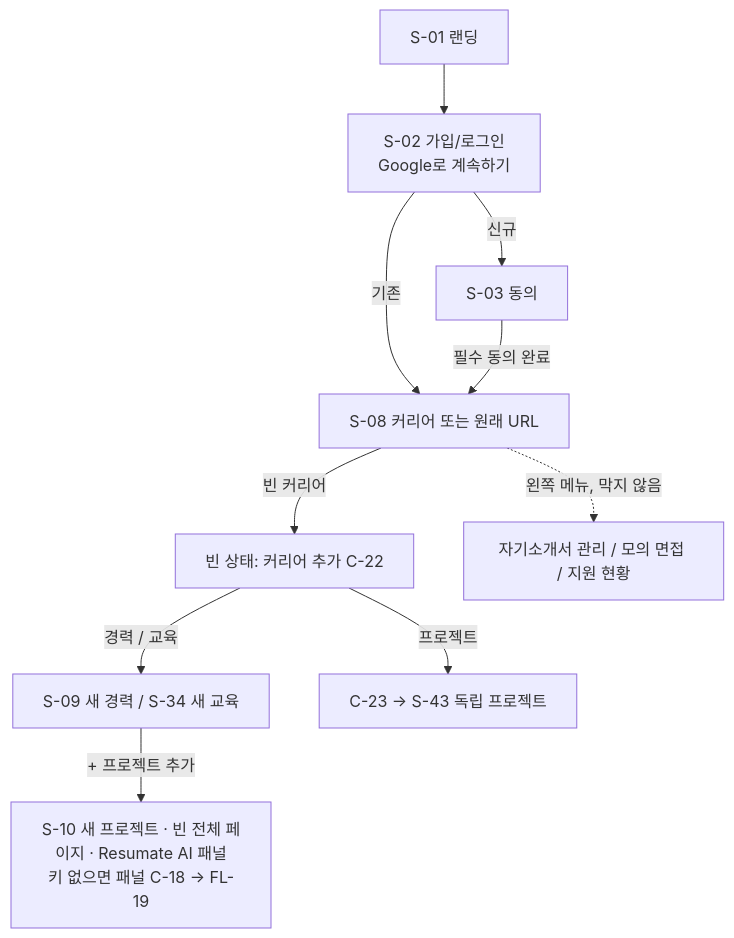
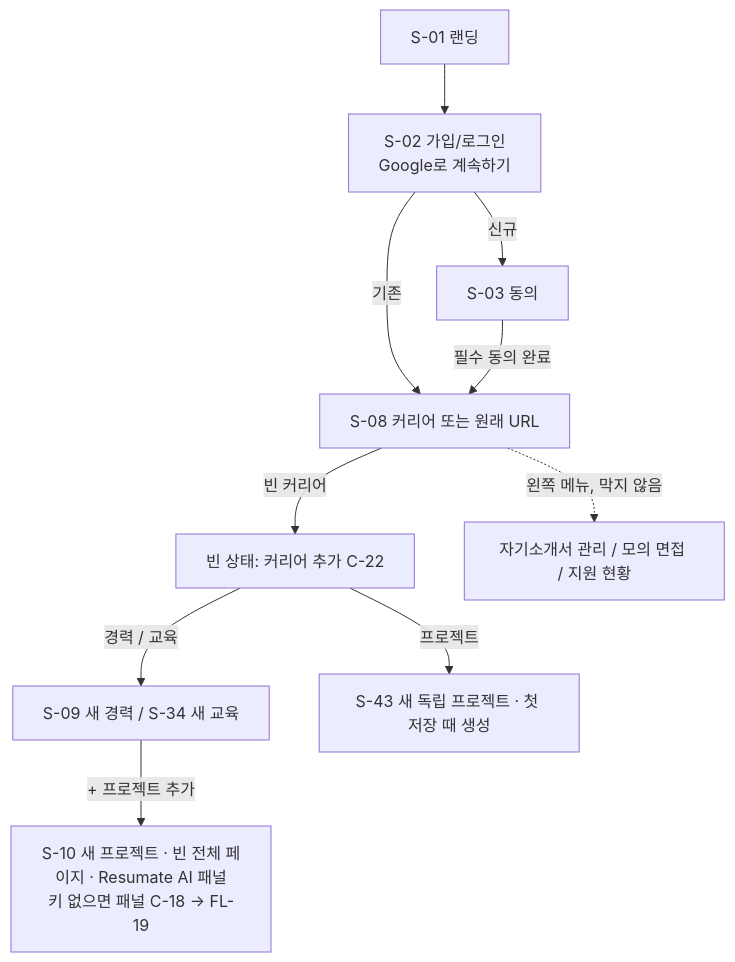
Before and after one commit to j-hyunn/resumate: the second of 21 diagrams in docs/planning/02-user-flows.md, drawn with Mermaid. The commit also changed other lines of this file and 12 other files, not shown here.

````diff
--- a/docs/planning/02-user-flows.md
+++ b/docs/planning/02-user-flows.md
@@ -269,12 +270,12 @@
 ```mermaid
 flowchart TD
   A[S-01 랜딩] --> B[S-02 가입/로그인<br/>Google로 계속하기]
   B -->|신규| C[S-03 동의]
   B -->|기존| D[S-08 커리어 또는 원래 URL]
   C -->|필수 동의 완료| D
   D -->|빈 커리어| E[빈 상태: 커리어 추가 C-22]
   E -->|경력 / 교육| G[S-09 새 경력 / S-34 새 교육]
-  E -->|프로젝트| G2[C-23 → S-43 독립 프로젝트]
+  E -->|프로젝트| G2[S-43 새 독립 프로젝트 · 첫 저장 때 생성]
   G -->|+ 프로젝트 추가| P[S-10 새 프로젝트 · 빈 전체 페이지 · Resumate AI 패널<br/>키 없으면 패널 C-18 → FL-19]
   D -.왼쪽 메뉴, 막지 않음.-> H[자기소개서 관리 / 모의 면접 / 지원 현황]
 ```
````
